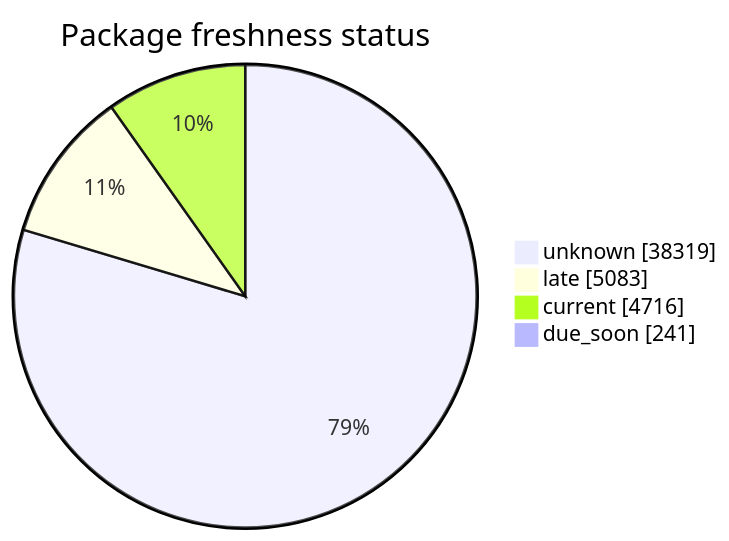
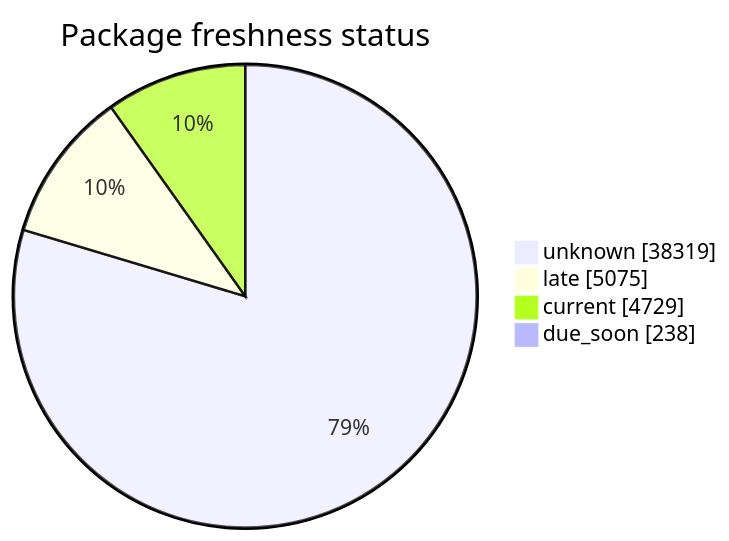
One commit to open-data/analytics-corporate-reporting changed the second of 5 diagrams in FreshCheck/README.md. Above: the diagram before and after it, drawn with Mermaid. The commit also changed other lines of this file and 3 other files, not shown here.

````diff
--- a/FreshCheck/README.md
+++ b/FreshCheck/README.md
@@ -68,7 +68,7 @@
 ```mermaid
 pie showData title Package freshness status
     "unknown": 38319
-    "late": 5083
-    "current": 4716
-    "due_soon": 241
+    "late": 5075
+    "current": 4729
+    "due_soon": 238
 ```
````
